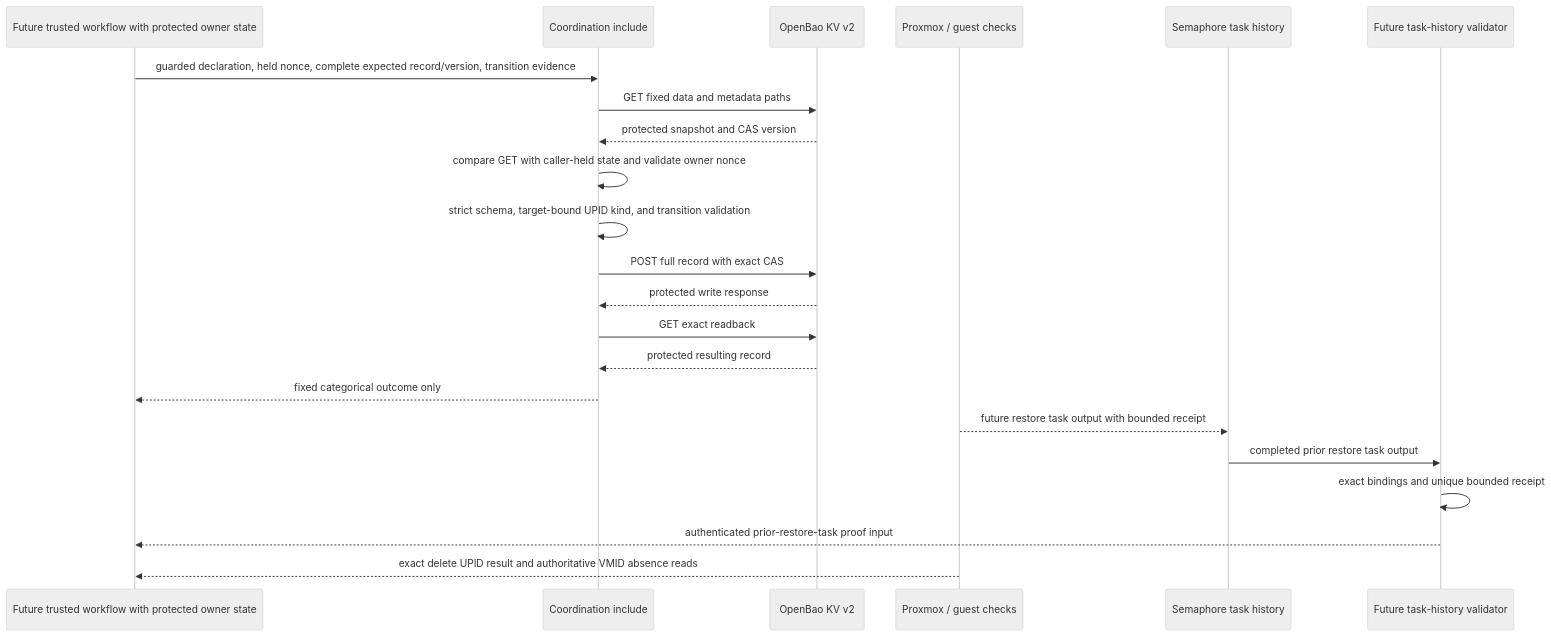
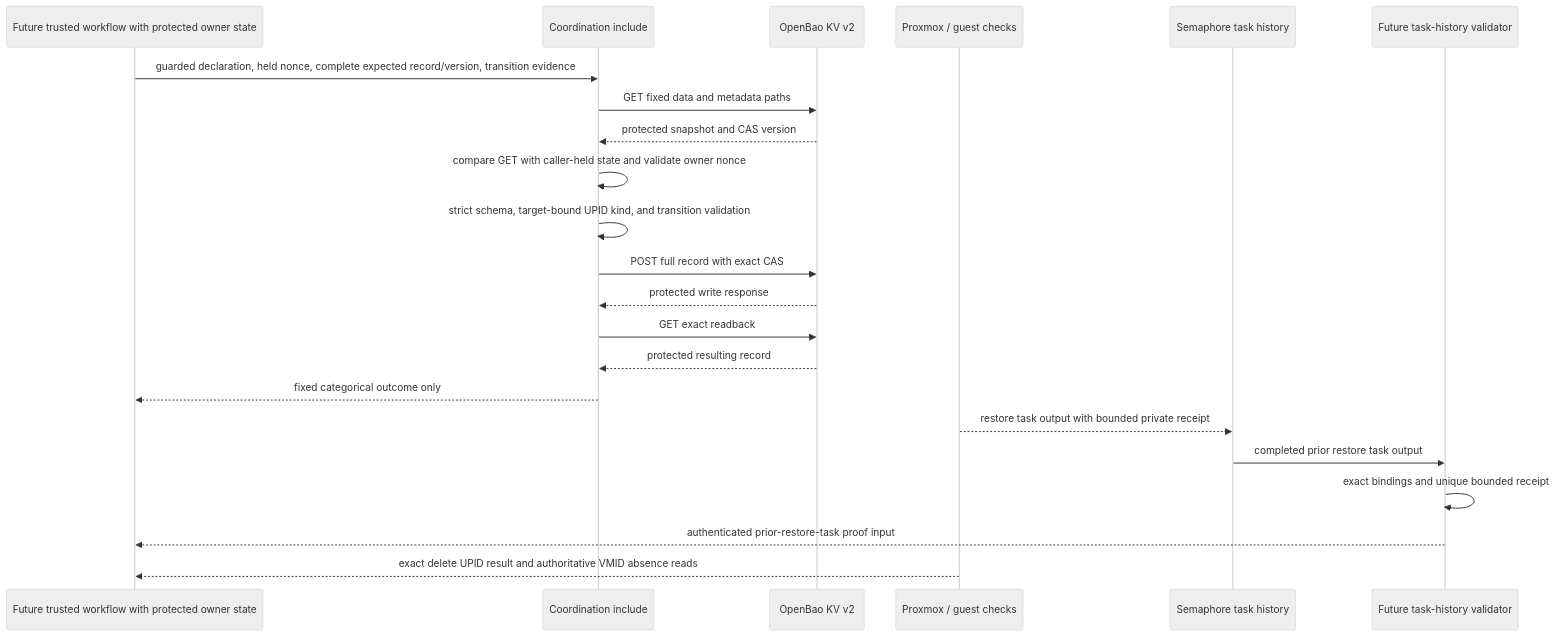
Before and after one commit to uhstray-io/agent-cloud: the second of 2 diagrams in plan/development/O11Y-RESTORE-COORDINATION.md, drawn with Mermaid (neutral theme). The commit also changed other lines of this file and 9 other files, not shown here.

Commit message:
fix(o11y): bind cleanup to authenticated restore receipt

````diff
--- a/plan/development/O11Y-RESTORE-COORDINATION.md
+++ b/plan/development/O11Y-RESTORE-COORDINATION.md
@@ -55,24 +55,24 @@
 ```mermaid
 sequenceDiagram
     participant Caller as Future trusted workflow with protected owner state
     participant Task as Coordination include
     participant Bao as OpenBao KV v2
     participant PVE as Proxmox / guest checks
     participant Sem as Semaphore task history
     participant Validator as Future task-history validator
     Caller->>Task: guarded declaration, held nonce, complete expected record/version, transition evidence
     Task->>Bao: GET fixed data and metadata paths
     Bao-->>Task: protected snapshot and CAS version
     Task->>Task: compare GET with caller-held state and validate owner nonce
     Task->>Task: strict schema, target-bound UPID kind, and transition validation
     Task->>Bao: POST full record with exact CAS
     Bao-->>Task: protected write response
     Task->>Bao: GET exact readback
     Bao-->>Task: protected resulting record
     Task-->>Caller: fixed categorical outcome only
-    PVE-->>Sem: future restore task output with bounded receipt
+    PVE-->>Sem: restore task output with bounded private receipt
     Sem->>Validator: completed prior restore task output
     Validator->>Validator: exact bindings and unique bounded receipt
     Validator-->>Caller: authenticated prior-restore-task proof input
     PVE-->>Caller: exact delete UPID result and authoritative VMID absence reads
 ```
````
